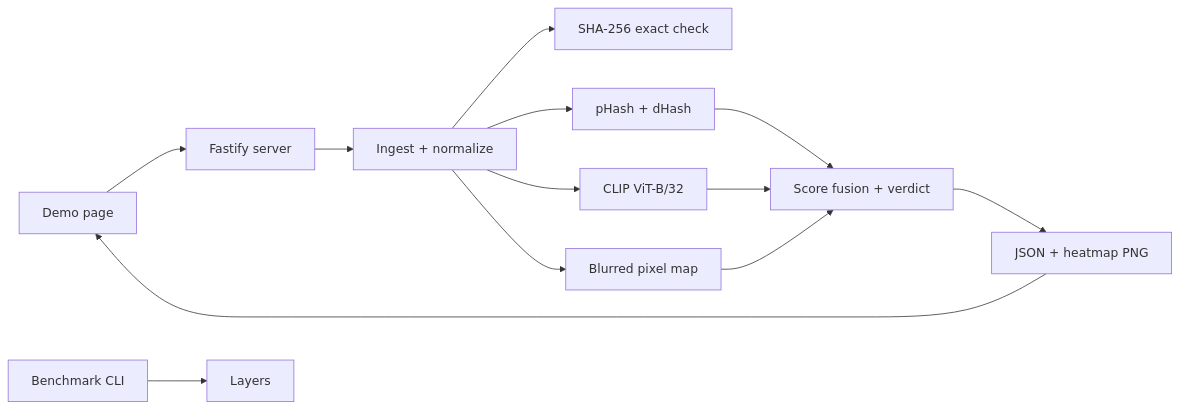
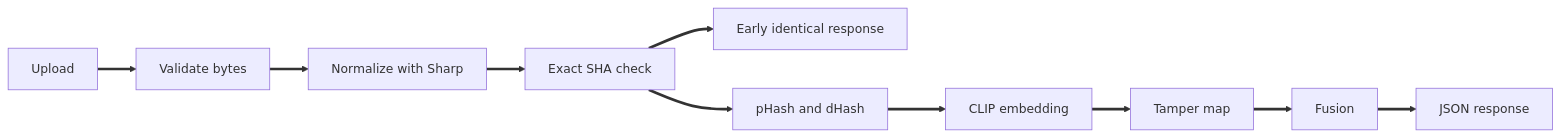
One commit to Tushar-Khandelwal-2004/Image-Similarity-API changed the second of 5 diagrams in README.md. Above: the diagram before and after it, drawn with Mermaid. The commit also changed other lines of this file and 24 other files, not shown here.

````diff
--- a/README.md
+++ b/README.md
@@ -7,15 +97,12 @@
 ```mermaid
 flowchart LR
-  Browser[Demo page] --> API[Fastify server]
-  CLI[Benchmark CLI] --> Layers
-  API --> Ingest[Ingest + normalize]
-  Ingest --> Exact[SHA-256 exact check]
-  Ingest --> Hash[pHash + dHash]
-  Ingest --> Embed[CLIP ViT-B/32]
-  Ingest --> Tamper[Blurred pixel map]
-  Hash --> Fuse[Score fusion + verdict]
-  Embed --> Fuse
-  Tamper --> Fuse
-  Fuse --> Response[JSON + heatmap PNG]
-  Response --> Browser
+  Upload[Upload] ==> Validate[Validate bytes]
+  Validate ==> Normalize[Normalize with Sharp]
+  Normalize ==> Exact[Exact SHA check]
+  Exact ==> Exit[Early identical response]
+  Exact ==> Hashes[pHash and dHash]
+  Hashes ==> Embed[CLIP embedding]
+  Embed ==> Tamper[Tamper map]
+  Tamper ==> Fuse[Fusion]
+  Fuse ==> JSON[JSON response]
 ```
````
